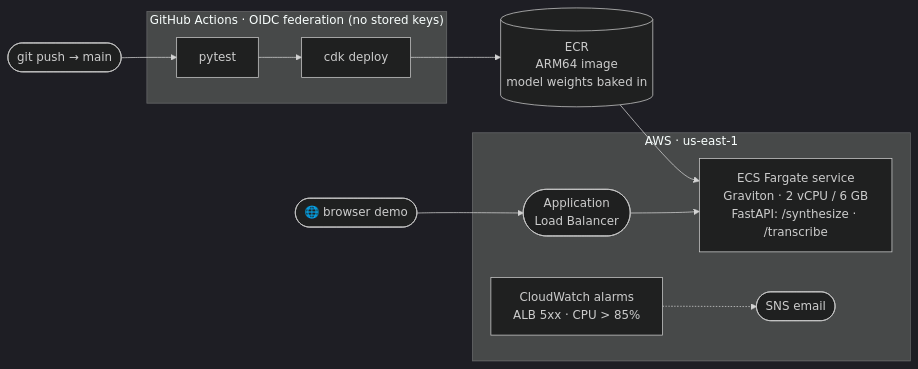
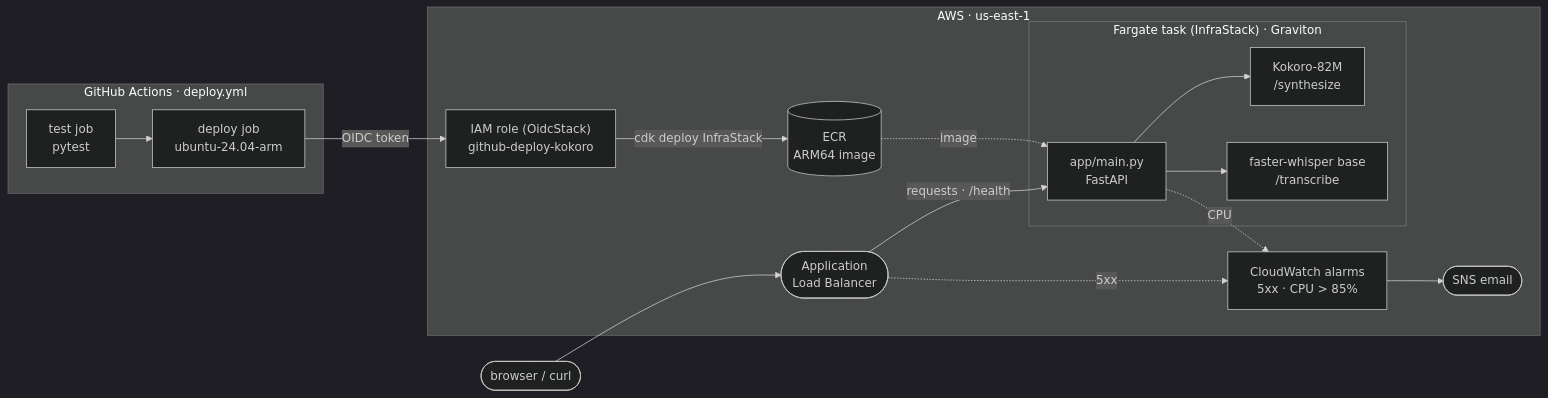
The first of 3 diagrams in README.md (HenryVarro666/kokoro-aws-demo), drawn with Mermaid (dark theme) before and after one commit. The commit also changed other lines of this file and 3 other files, not shown here.

Commit message:
docs: Chinese README and architecture diagram [skip deploy]

````diff
--- a/README.md
+++ b/README.md
@@ -59,15 +61,27 @@
 ```mermaid
 flowchart LR
-    A(["git push → main"]) --> B
-    subgraph ci ["GitHub Actions · OIDC federation (no stored keys)"]
-        B["pytest"] --> C["cdk deploy"]
+    subgraph gha ["GitHub Actions · deploy.yml"]
+        T["test job<br/>pytest"] --> DJ["deploy job<br/>ubuntu-24.04-arm"]
     end
-    C --> D[("ECR<br/>ARM64 image<br/>model weights baked in")]
+    U(["browser / curl"])
     subgraph aws ["AWS · us-east-1"]
-        E["ECS Fargate service<br/>Graviton · 2 vCPU / 6 GB<br/>FastAPI: /synthesize · /transcribe"]
-        F(["Application<br/>Load Balancer"]) --> E
-        G["CloudWatch alarms<br/>ALB 5xx · CPU &gt; 85%"] -.-> H(["SNS email"])
+        R["IAM role (OidcStack)<br/>github-deploy-kokoro"]
+        ECR[("ECR<br/>ARM64 image")]
+        ALB(["Application<br/>Load Balancer"])
+        subgraph task ["Fargate task (InfraStack) · Graviton"]
+            API["app/main.py<br/>FastAPI"]
+            K["Kokoro-82M<br/>/synthesize"]
+            W["faster-whisper base<br/>/transcribe"]
+        end
+        CW["CloudWatch alarms<br/>5xx · CPU > 85%"] --> SNS(["SNS email"])
     end
-    D --> E
-    U(["🌐 browser demo"]) --> F
+    DJ -- "OIDC token" --> R
+    R -- "cdk deploy InfraStack" --> ECR
+    ECR -. "image" .-> API
+    U --> ALB
+    ALB -- "requests · /health" --> API
+    API --> K
+    API --> W
+    ALB -. "5xx" .-> CW
+    API -. "CPU" .-> CW
 ```
````
